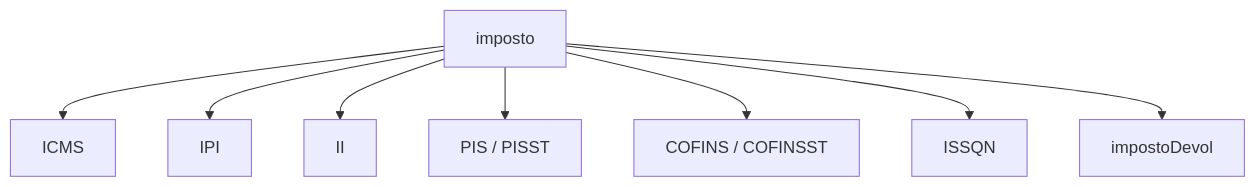
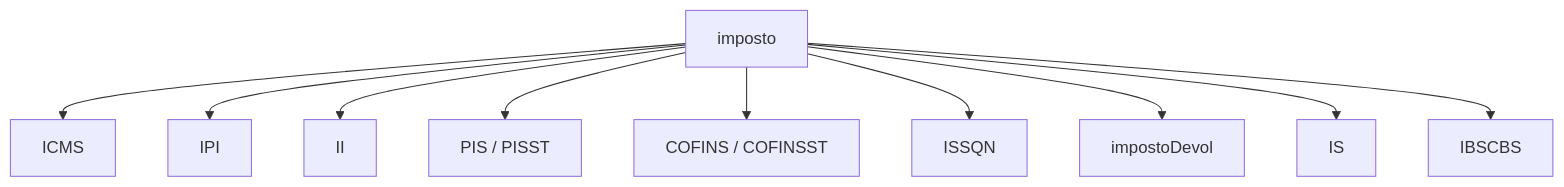
One commit to andreunix/open-fiscal changed the first of 3 diagrams in content/docs/(nfe-nfce)/leiaute-e-rejeicoes/tributos.mdx. Above: the diagram before and after it, drawn with Mermaid. The commit also changed other lines of this file and 14 other files, not shown here.

````diff
--- a/content/docs/(nfe-nfce)/leiaute-e-rejeicoes/tributos.mdx
+++ b/content/docs/(nfe-nfce)/leiaute-e-rejeicoes/tributos.mdx
@@ -10,10 +10,12 @@
 ```mermaid
 flowchart TD
     I[imposto] --> ICMS[ICMS]
     I --> IPI[IPI]
     I --> II[II]
     I --> PIS[PIS / PISST]
     I --> COF[COFINS / COFINSST]
     I --> ISS[ISSQN]
     I --> DEV[impostoDevol]
+    I --> IS[IS]
+    I --> IBS[IBSCBS]
 ```
````
